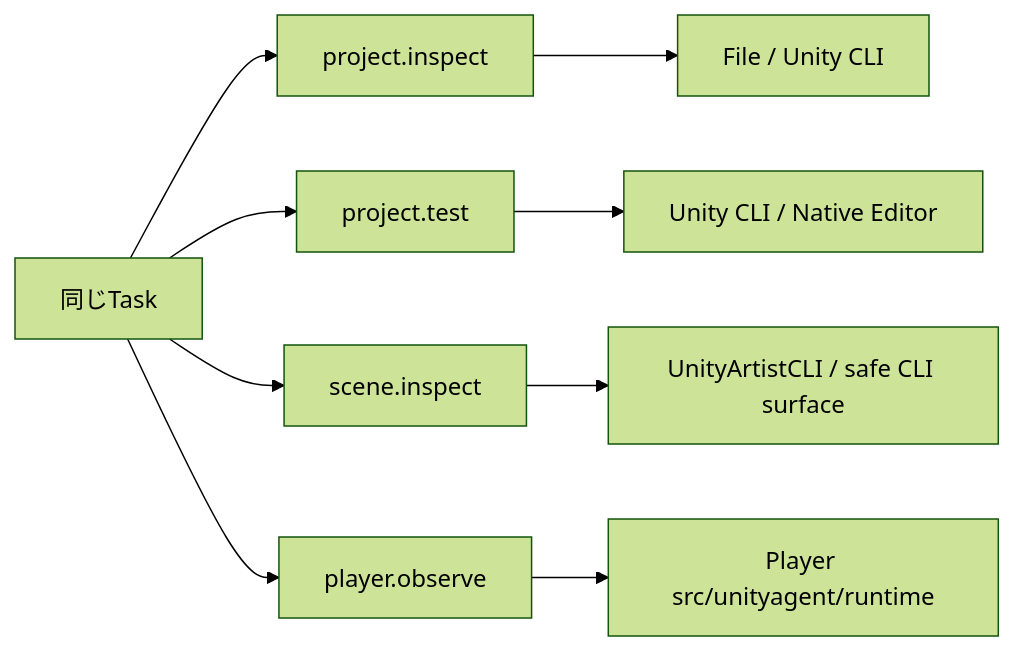
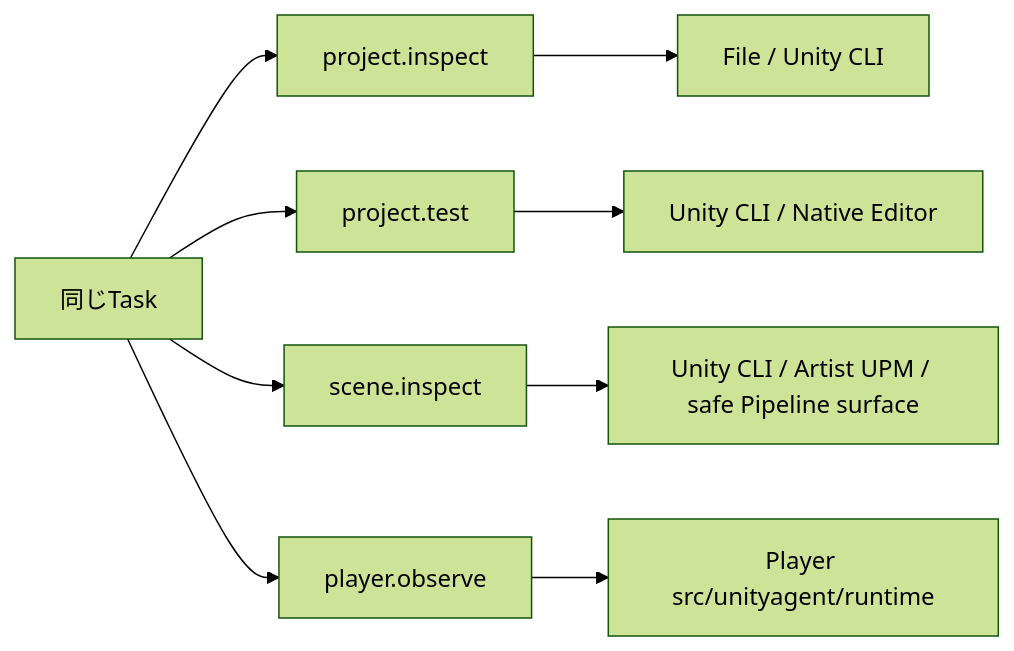
One commit to DarumaPPAP/UnityAgent changed the fifth of 6 diagrams in docs/architecture/production-tool-runtime.md. Above: the diagram before and after it, drawn with Mermaid (forest theme). The commit also changed other lines of this file and 343 other files, not shown here.

````diff
--- a/docs/architecture/production-tool-runtime.md
+++ b/docs/architecture/production-tool-runtime.md
@@ -297,12 +295,12 @@
 ```mermaid
 flowchart LR
     T[同じTask] --> A[project.inspect]
     T --> B[project.test]
     T --> C[scene.inspect]
     T --> D[player.observe]
 
     A --> PF[File / Unity CLI]
     B --> CLI[Unity CLI / Native Editor]
-    C --> ART[UnityArtistCLI / safe CLI surface]
+    C --> ART[Unity CLI / Artist UPM / safe Pipeline surface]
     D --> PR[Player src/unityagent/runtime]
 ```
````
